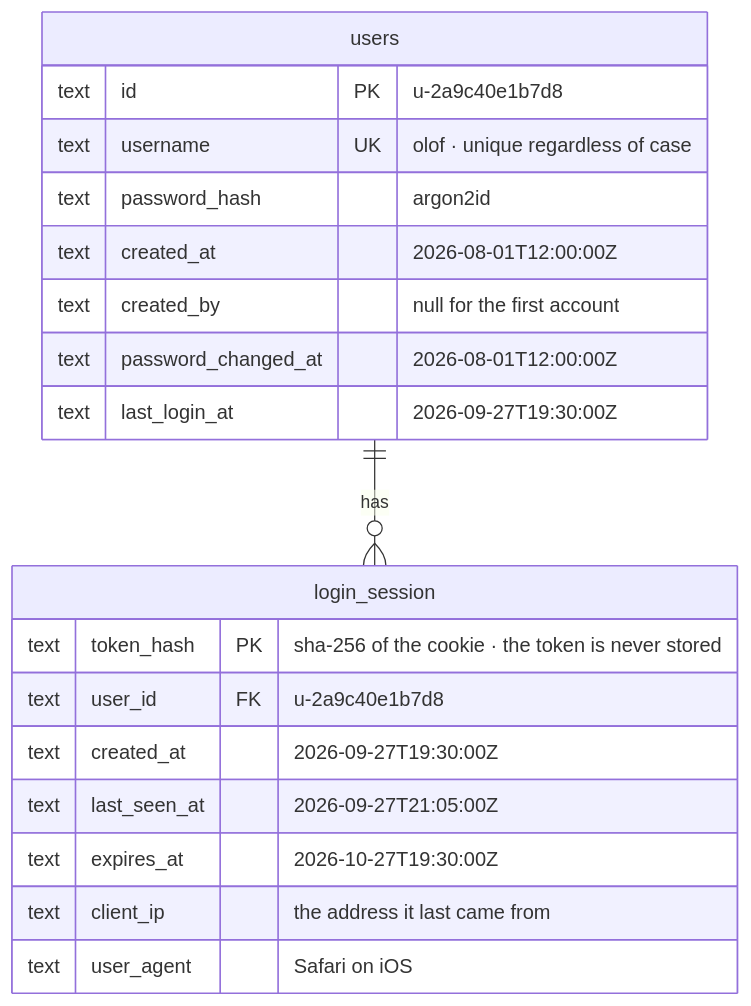
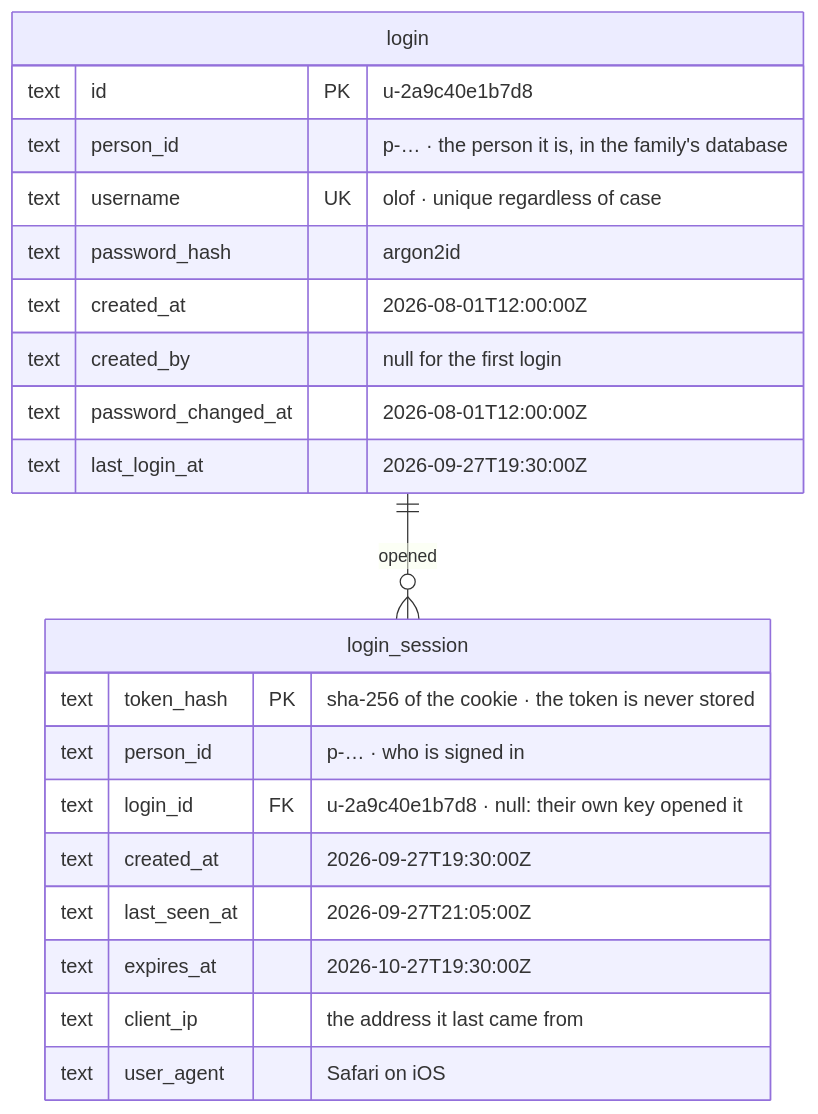
The fifth of 5 diagrams in docs/DATA-MODEL.md (olofd/kraftverk), drawn with Mermaid before and after one commit. The commit also changed other lines of this file and 7 other files, not shown here.

````diff
--- a/docs/DATA-MODEL.md
+++ b/docs/DATA-MODEL.md
@@ -736,22 +796,24 @@
 ```mermaid
 erDiagram
-  users ||--o{ login_session : "has"
-  users {
+  login ||--o{ login_session : "opened"
+  login {
     text id PK "u-2a9c40e1b7d8"
+    text person_id "p-… · the person it is, in the family's database"
     text username UK "olof · unique regardless of case"
     text password_hash "argon2id"
     text created_at "2026-08-01T12:00:00Z"
-    text created_by "null for the first account"
+    text created_by "null for the first login"
     text password_changed_at "2026-08-01T12:00:00Z"
     text last_login_at "2026-09-27T19:30:00Z"
   }
   login_session {
     text token_hash PK "sha-256 of the cookie · the token is never stored"
-    text user_id FK "u-2a9c40e1b7d8"
+    text person_id "p-… · who is signed in"
+    text login_id FK "u-2a9c40e1b7d8 · null: their own key opened it"
     text created_at "2026-09-27T19:30:00Z"
     text last_seen_at "2026-09-27T21:05:00Z"
     text expires_at "2026-10-27T19:30:00Z"
     text client_ip "the address it last came from"
     text user_agent "Safari on iOS"
   }
 ```
````
